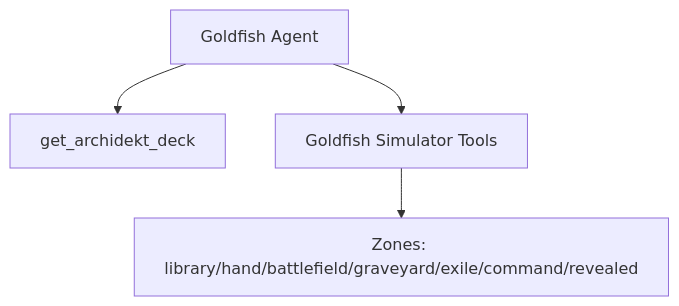
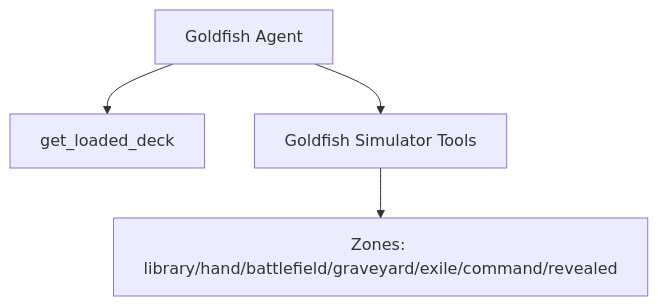
One commit to dougsaus/before-that-resolves changed the second of 3 diagrams in docs/agents.md. Above: the diagram before and after it, drawn with Mermaid. The commit also changed other lines of this file and 29 other files, not shown here.

````diff
--- a/docs/agents.md
+++ b/docs/agents.md
@@ -49,11 +49,11 @@
 ```mermaid
 graph TD
   GoldfishAgent[Goldfish Agent]
-  DeckTool[get_archidekt_deck]
+  DeckTool[get_loaded_deck]
   GoldfishTools[Goldfish Simulator Tools]
   Zones[Zones: library/hand/battlefield/graveyard/exile/command/revealed]
 
   GoldfishAgent --> DeckTool
   GoldfishAgent --> GoldfishTools
   GoldfishTools --> Zones
 ```
````
